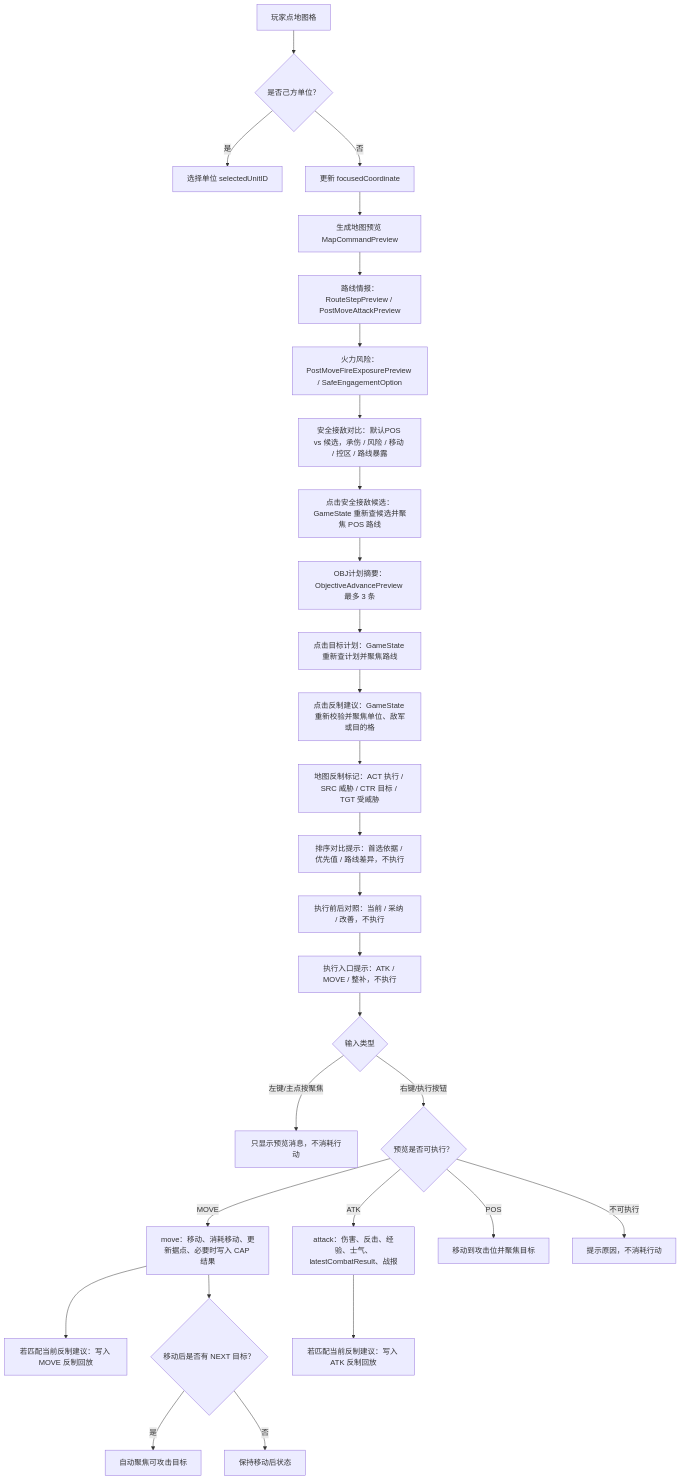
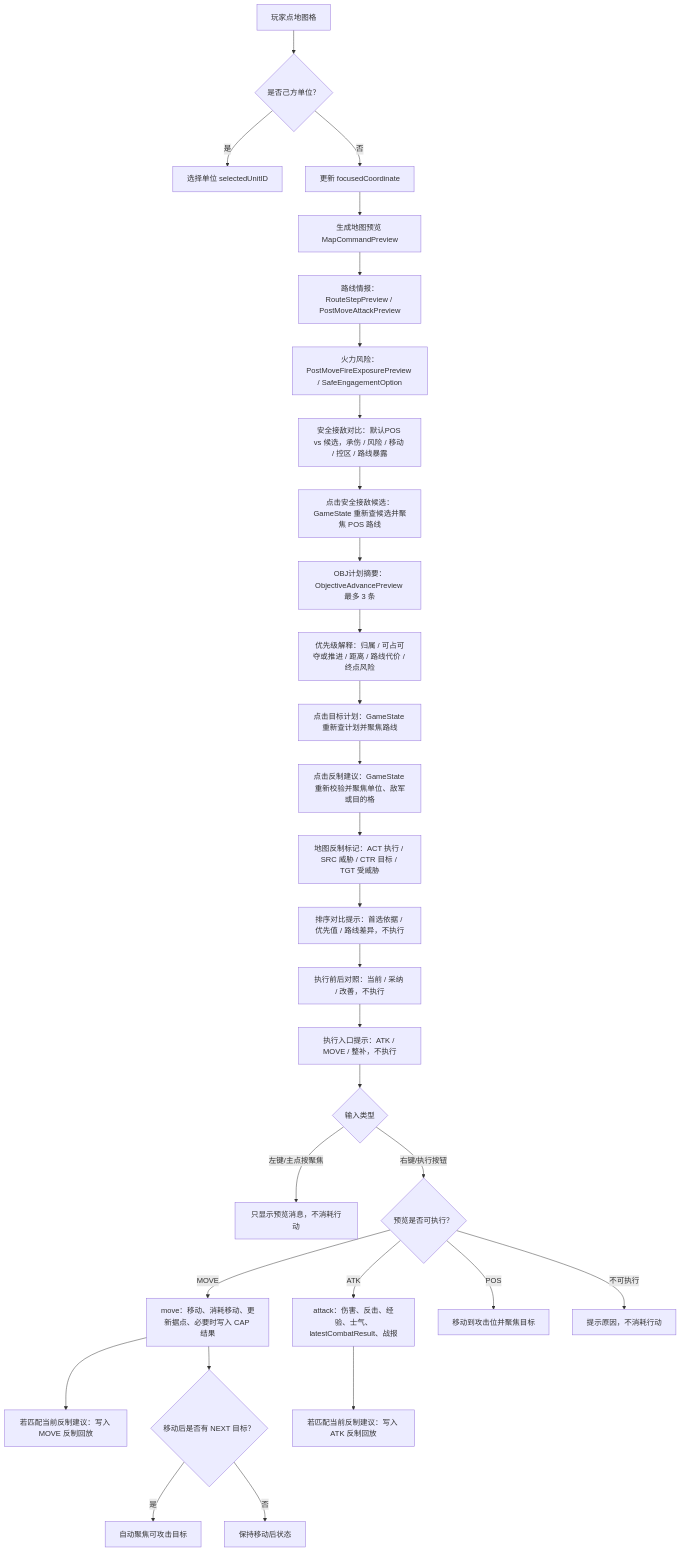
One commit to Altman-sam114/116 changed the second of 5 diagrams in md/flow/flowchart.md. Above: the diagram before and after it, drawn with Mermaid. The commit also changed other lines of this file and 10 other files, not shown here.

````diff
--- a/md/flow/flowchart.md
+++ b/md/flow/flowchart.md
@@ -42,30 +42,31 @@
 ```mermaid
 flowchart TD
   A["玩家点地图格"] --> B{"是否己方单位？"}
   B -->|是| C["选择单位 selectedUnitID"]
   B -->|否| D["更新 focusedCoordinate"]
   D --> E["生成地图预览 MapCommandPreview"]
   E --> R["路线情报：RouteStepPreview / PostMoveAttackPreview"]
   R --> X["火力风险：PostMoveFireExposurePreview / SafeEngagementOption"]
   X --> SC["安全接敌对比：默认POS vs 候选，承伤 / 风险 / 移动 / 控区 / 路线暴露"]
   SC --> SP["点击安全接敌候选：GameState 重新查候选并聚焦 POS 路线"]
   SP --> OP["OBJ计划摘要：ObjectiveAdvancePreview 最多 3 条"]
-  OP --> OC["点击目标计划：GameState 重新查计划并聚焦路线"]
+  OP --> OPR["优先级解释：归属 / 可占可夺或推进 / 距离 / 路线代价 / 终点风险"]
+  OPR --> OC["点击目标计划：GameState 重新查计划并聚焦路线"]
   OC --> CM["点击反制建议：GameState 重新校验并聚焦单位、敌军或目的格"]
   CM --> MK["地图反制标记：ACT 执行 / SRC 威胁 / CTR 目标 / TGT 受威胁"]
   MK --> PR["排序对比提示：首选依据 / 优先值 / 路线差异，不执行"]
   PR --> IP["执行前后对照：当前 / 采纳 / 改善，不执行"]
   IP --> EB["执行入口提示：ATK / MOVE / 整补，不执行"]
   EB --> F{"输入类型"}
   F -->|左键/主点按聚焦| G["只显示预览消息，不消耗行动"]
   F -->|右键/执行按钮| H{"预览是否可执行？"}
   H -->|MOVE| I["move：移动、消耗移动、更新据点、必要时写入 CAP 结果"]
   H -->|ATK| J["attack：伤害、反击、经验、士气、latestCombatResult、战报"]
   H -->|POS| K["移动到攻击位并聚焦目标"]
   H -->|不可执行| L["提示原因，不消耗行动"]
   I --> RR["若匹配当前反制建议：写入 MOVE 反制回放"]
   J --> RR2["若匹配当前反制建议：写入 ATK 反制回放"]
   I --> M{"移动后是否有 NEXT 目标？"}
   M -->|是| N["自动聚焦可攻击目标"]
   M -->|否| O["保持移动后状态"]
 ```
````
